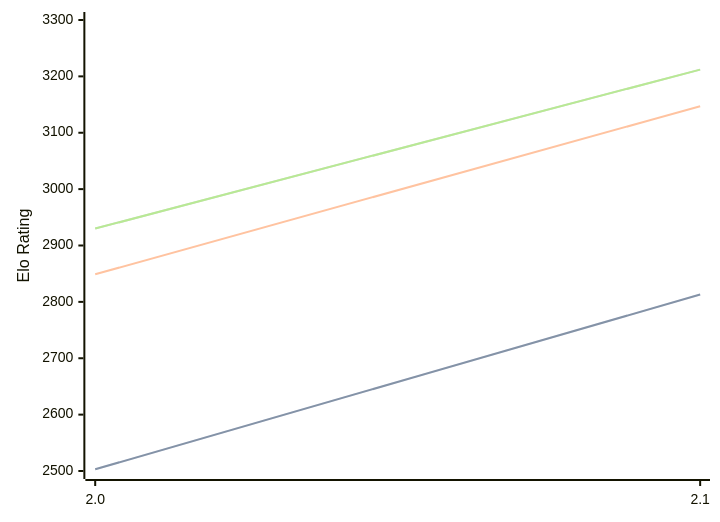
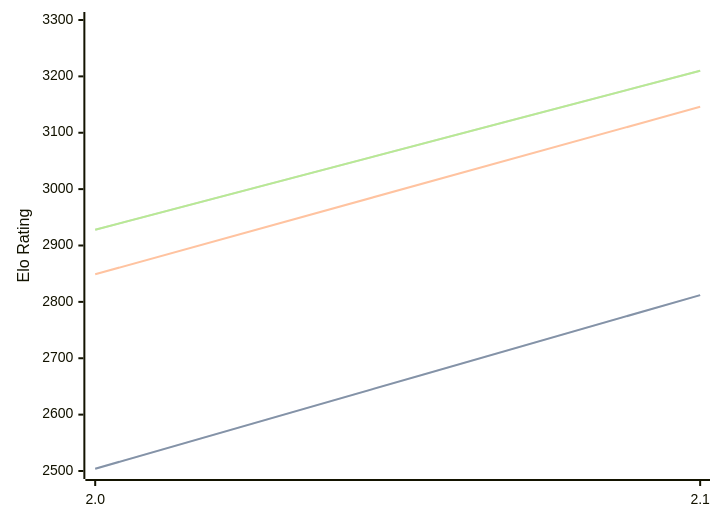
Before and after one commit to computer-chess-index/cci: the diagram in engines/Tunguska.md, drawn with Mermaid. The commit also changed other lines of this file, not shown here.

Commit message:
Update CCI Ratings (ELO VLTC) - 2026-09-01

````diff
--- a/engines/Tunguska.md
+++ b/engines/Tunguska.md
@@ -32,11 +32,11 @@
 ```mermaid
 %%{init: {"theme":"base","themeVariables":{"seriesColors:['#a3a3a3','#222221','#faa371']}}}%%
 xychart-beta
   x-axis ["2.0", "2.1"]
   y-axis "Elo Rating" 2500 --> 3300
-  line "" [2503, 2813]
-  line "STC (8.0+0.08s)" [2503, 2813]
-  line "LTC (60.0+0.60s)" [2849, 3147]
-  line "" [2930, 3212]
-  line "VLTC (2m24s+1.12s)" [2930, 3212]
+  line "" [2504, 2812]
+  line "STC (8.0+0.08s)" [2504, 2812]
+  line "LTC (60.0+0.60s)" [2849, 3146]
+  line "" [2928, 3210]
+  line "VLTC (2m24s+1.12s)" [2928, 3210]
 ```
````
